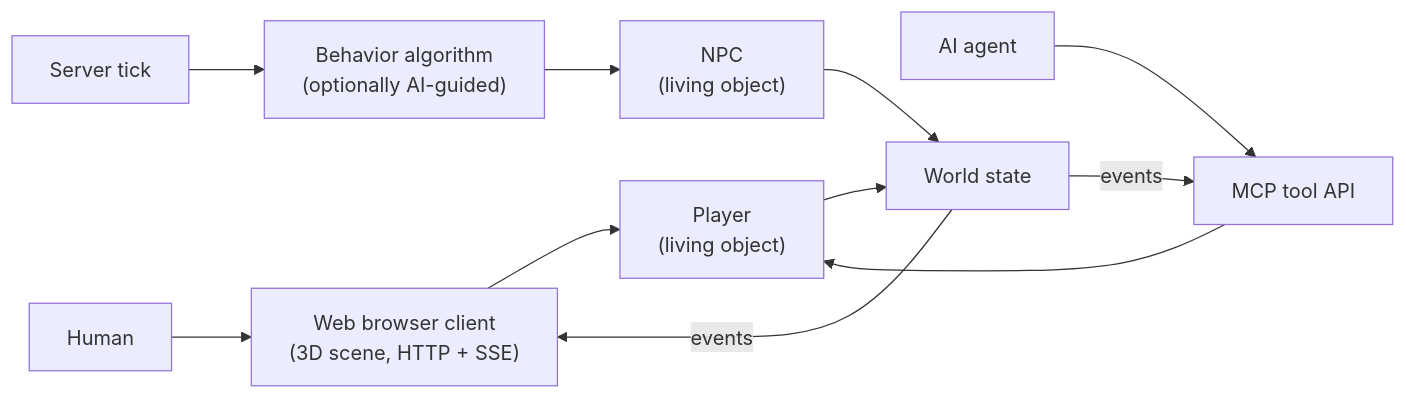
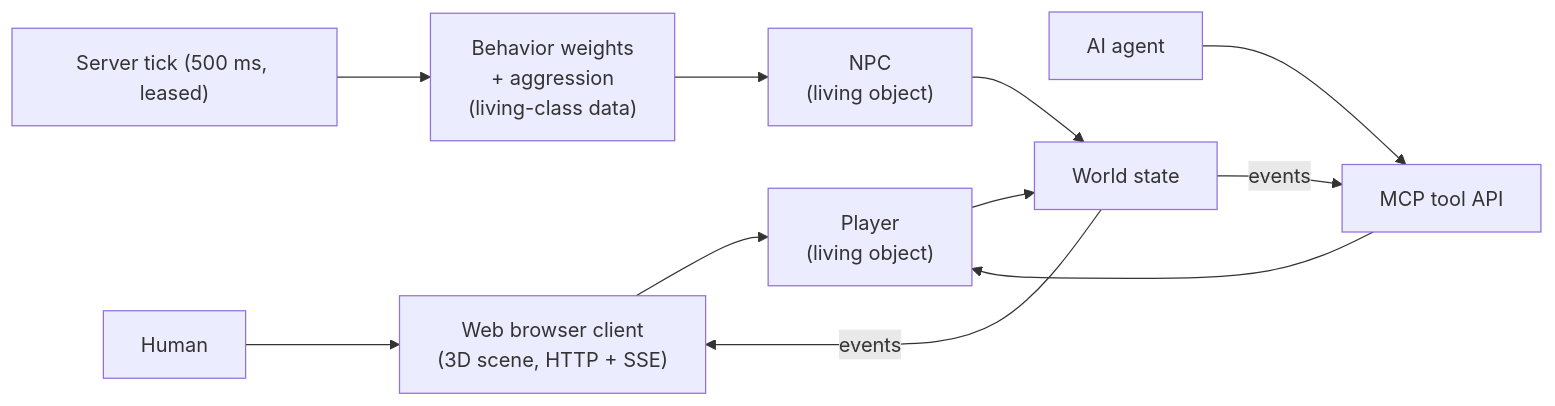
The second of 5 diagrams in src/virtual-world/README.md (lpajunen/aiwebengine-examples), drawn with Mermaid before and after one commit. The commit also changed other lines of this file and 5 other files, not shown here.

````diff
--- a/src/virtual-world/README.md
+++ b/src/virtual-world/README.md
@@ -84,13 +98,13 @@
 ```mermaid
 flowchart LR
     Human["Human"] --> Browser["Web browser client<br/>(3D scene, HTTP + SSE)"]
     AI["AI agent"] --> MCP["MCP tool API"]
     Browser --> PlayerObj["Player<br/>(living object)"]
     MCP --> PlayerObj
-    Tick["Server tick"] --> Algo["Behavior algorithm<br/>(optionally AI-guided)"]
+    Tick["Server tick (500 ms, leased)"] --> Algo["Behavior weights<br/>+ aggression<br/>(living-class data)"]
     Algo --> NPCObj["NPC<br/>(living object)"]
     PlayerObj --> WorldState["World state"]
     NPCObj --> WorldState
     WorldState -- "events" --> Browser
     WorldState -- "events" --> MCP
 ```
````
